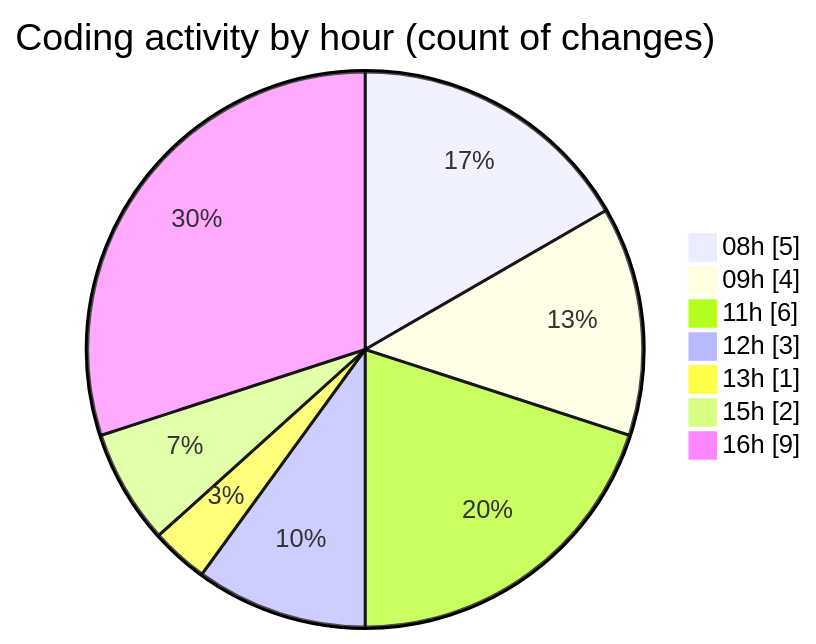
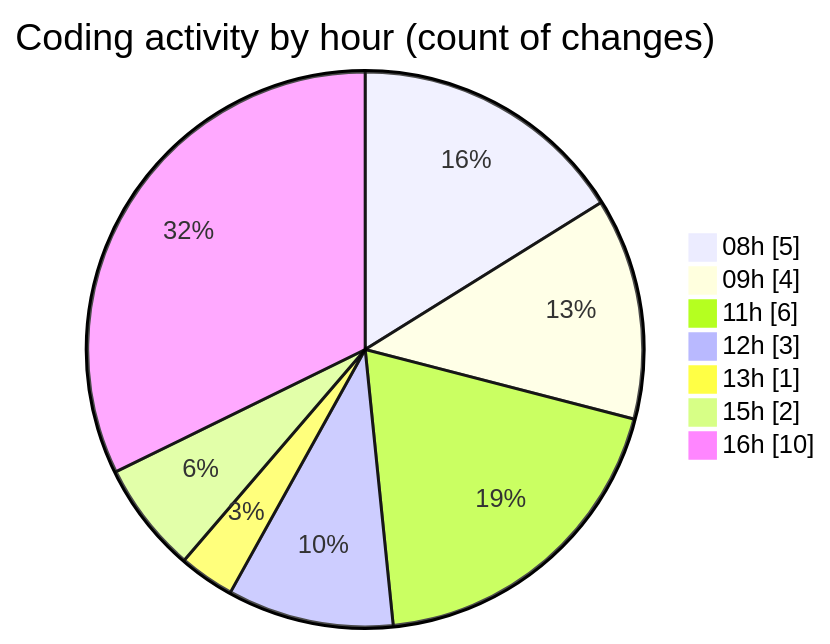
Before and after one commit to ricardozamudiocil/code-tracking: the second of 2 diagrams in 2026-05-05/cilapp/README.md, drawn with Mermaid. The commit also changed other lines of this file and 1 other file, not shown here.

````diff
--- a/2026-05-05/cilapp/README.md
+++ b/2026-05-05/cilapp/README.md
@@ -34,11 +34,11 @@
 ```mermaid
 pie showData
 title Coding activity by hour (count of changes)
 "08h" : 5
 "09h" : 4
 "11h" : 6
 "12h" : 3
 "13h" : 1
 "15h" : 2
-"16h" : 9
+"16h" : 10
 ```
````
